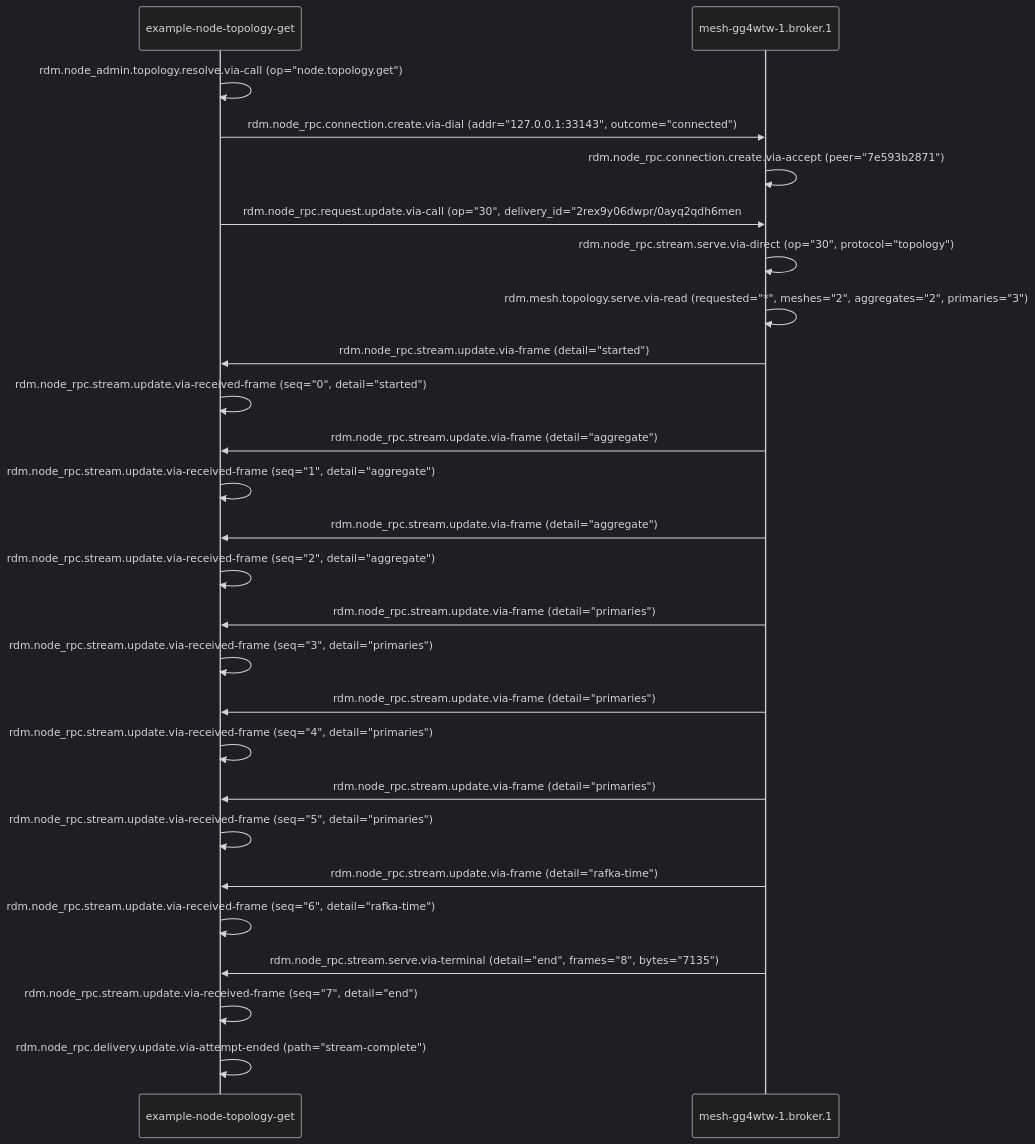
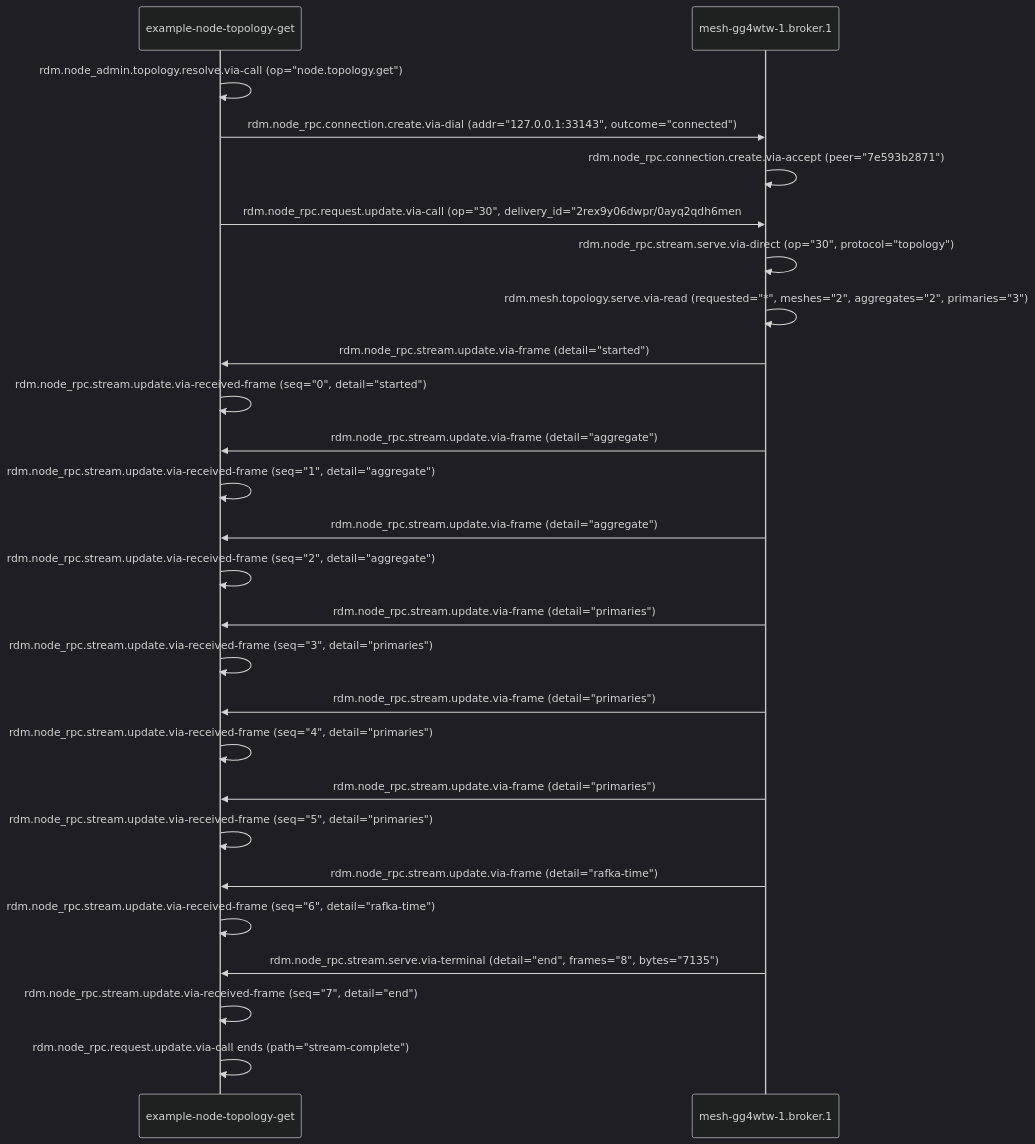
Before and after one commit to drlukeangel/rust-distributed-mesh: the third of 3 diagrams in docs/eng/tour.md, drawn with Mermaid (dark theme). The commit also changed other lines of this file and 28 other files, not shown here.

````diff
--- a/docs/eng/tour.md
+++ b/docs/eng/tour.md
@@ -292,29 +292,29 @@
 ```mermaid
 sequenceDiagram
     participant C as example-node-topology-get
     participant B1 as mesh-gg4wtw-1.broker.1
 
     C->>C: rdm.node_admin.topology.resolve.via-call (op="node.topology.get")
     C->>B1: rdm.node_rpc.connection.create.via-dial (addr="127.0.0.1:33143", outcome="connected")
     B1->>B1: rdm.node_rpc.connection.create.via-accept (peer="7e593b2871")
     C->>B1: rdm.node_rpc.request.update.via-call (op="30", delivery_id="2rex9y06dwpr/0ayq2qdh6men#2")
     B1->>B1: rdm.node_rpc.stream.serve.via-direct (op="30", protocol="topology")
     B1->>B1: rdm.mesh.topology.serve.via-read (requested="*", meshes="2", aggregates="2", primaries="3")
     B1->>C: rdm.node_rpc.stream.update.via-frame (detail="started")
     C->>C: rdm.node_rpc.stream.update.via-received-frame (seq="0", detail="started")
     B1->>C: rdm.node_rpc.stream.update.via-frame (detail="aggregate")
     C->>C: rdm.node_rpc.stream.update.via-received-frame (seq="1", detail="aggregate")
     B1->>C: rdm.node_rpc.stream.update.via-frame (detail="aggregate")
     C->>C: rdm.node_rpc.stream.update.via-received-frame (seq="2", detail="aggregate")
     B1->>C: rdm.node_rpc.stream.update.via-frame (detail="primaries")
     C->>C: rdm.node_rpc.stream.update.via-received-frame (seq="3", detail="primaries")
     B1->>C: rdm.node_rpc.stream.update.via-frame (detail="primaries")
     C->>C: rdm.node_rpc.stream.update.via-received-frame (seq="4", detail="primaries")
     B1->>C: rdm.node_rpc.stream.update.via-frame (detail="primaries")
     C->>C: rdm.node_rpc.stream.update.via-received-frame (seq="5", detail="primaries")
     B1->>C: rdm.node_rpc.stream.update.via-frame (detail="rafka-time")
     C->>C: rdm.node_rpc.stream.update.via-received-frame (seq="6", detail="rafka-time")
     B1->>C: rdm.node_rpc.stream.serve.via-terminal (detail="end", frames="8", bytes="7135")
     C->>C: rdm.node_rpc.stream.update.via-received-frame (seq="7", detail="end")
-    C->>C: rdm.node_rpc.delivery.update.via-attempt-ended (path="stream-complete")
+    C->>C: rdm.node_rpc.request.update.via-call ends (path="stream-complete")
 ```
````
